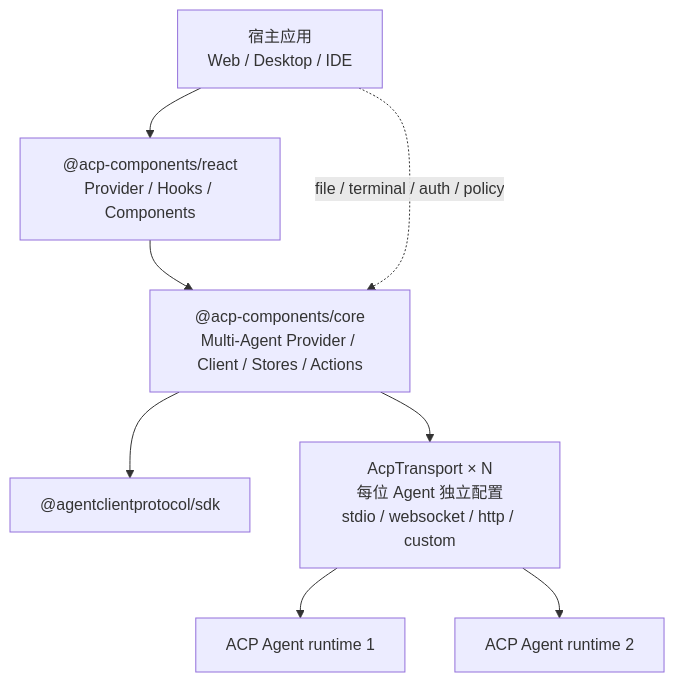
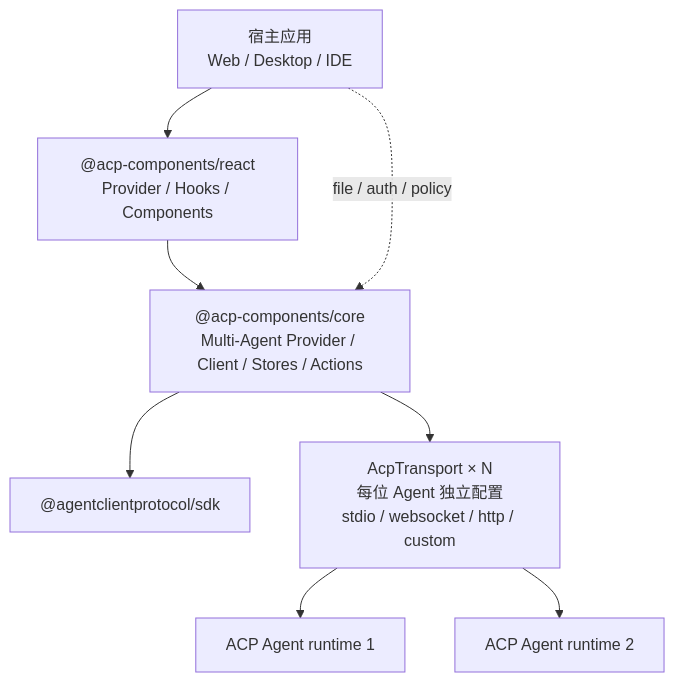
Before and after one commit to zvzuola/acp-components: the first of 2 diagrams in docs/ARCHITECTURE.md, drawn with Mermaid. The commit also changed other lines of this file and 6 other files, not shown here.

````diff
--- a/docs/ARCHITECTURE.md
+++ b/docs/ARCHITECTURE.md
@@ -17,10 +17,10 @@
 ```mermaid
 flowchart TB
   Host["宿主应用<br/>Web / Desktop / IDE"] --> React["@acp-components/react<br/>Provider / Hooks / Components"]
   React --> Core["@acp-components/core<br/>Multi-Agent Provider / Client / Stores / Actions"]
   Core --> SDK["@agentclientprotocol/sdk"]
   Core --> Transport["AcpTransport × N<br/>每位 Agent 独立配置<br/>stdio / websocket / http / custom"]
   Transport --> Agent1["ACP Agent runtime 1"]
   Transport --> Agent2["ACP Agent runtime 2"]
-  Host -. "file / terminal / auth / policy" .-> Core
+  Host -. "file / auth / policy" .-> Core
 ```
````
